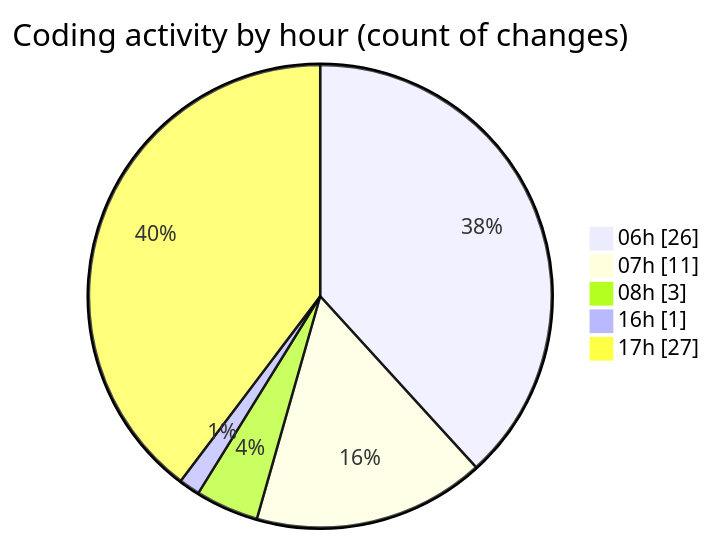
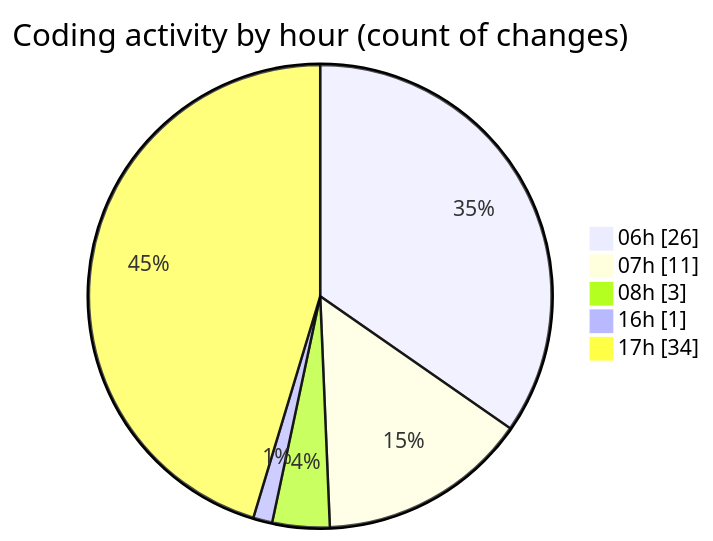
Before and after one commit to robertbonfada/code-tracking: the second of 2 diagrams in 2025-01-30/mbc-web/README.md, drawn with Mermaid. The commit also changed other lines of this file and 1 other file, not shown here.

````diff
--- a/2025-01-30/mbc-web/README.md
+++ b/2025-01-30/mbc-web/README.md
@@ -39,9 +39,9 @@
 ```mermaid
 pie showData
 title Coding activity by hour (count of changes)
 "06h" : 26
 "07h" : 11
 "08h" : 3
 "16h" : 1
-"17h" : 27
+"17h" : 34
 ```
````
